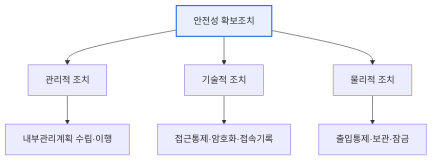
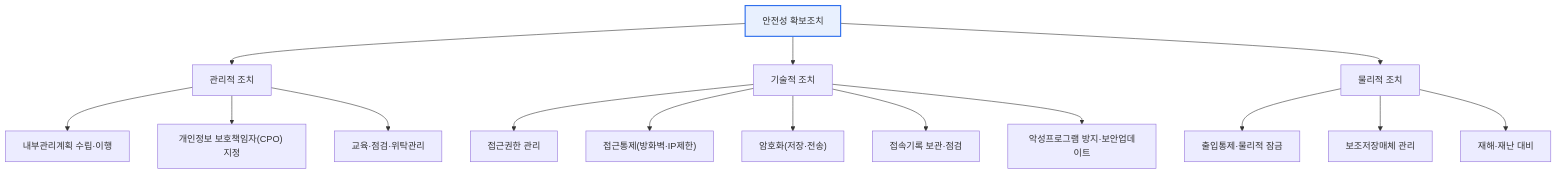
One commit to coninggu/wjdqhrhksflrltnftk changed the first of 2 diagrams in content/personal-data-safety-measures.md. Above: the diagram before and after it, drawn with Mermaid. The commit also changed other lines of this file and 3 other files, not shown here.

Commit message:
Deepen 소프트웨어 모듈 — 응집도·결합도·Fan-in/out, 개인정보의 안전성 확보조치 기준 (auto)

````diff
--- a/content/personal-data-safety-measures.md
+++ b/content/personal-data-safety-measures.md
@@ -15,10 +19,18 @@
 ```mermaid
 flowchart TB
-  S[안전성 확보조치] --> M[관리적 조치]
-  S --> T[기술적 조치]
-  S --> P[물리적 조치]
-  M --> M1[내부관리계획 수립·이행]
-  T --> T1[접근통제·암호화·접속기록]
-  P --> P1[출입통제·보관·잠금]
+  S["안전성 확보조치"] --> M["관리적 조치"]
+  S --> T["기술적 조치"]
+  S --> P["물리적 조치"]
+  M --> M1["내부관리계획 수립·이행"]
+  M --> M2["개인정보 보호책임자(CPO) 지정"]
+  M --> M3["교육·점검·위탁관리"]
+  T --> T1["접근권한 관리"]
+  T --> T2["접근통제(방화벽·IP제한)"]
+  T --> T3["암호화(저장·전송)"]
+  T --> T4["접속기록 보관·점검"]
+  T --> T5["악성프로그램 방지·보안업데이트"]
+  P --> P1["출입통제·물리적 잠금"]
+  P --> P2["보조저장매체 관리"]
+  P --> P3["재해·재난 대비"]
   style S fill:#e8f0fe,stroke:#2f6fed,stroke-width:2px
 ```
````
